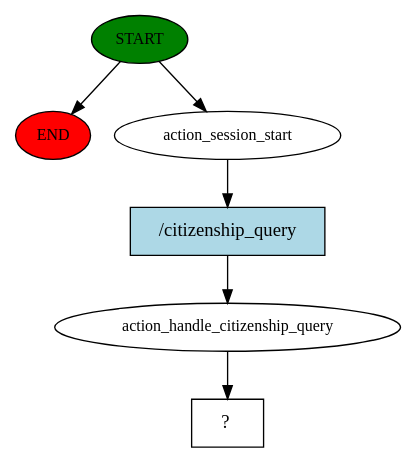
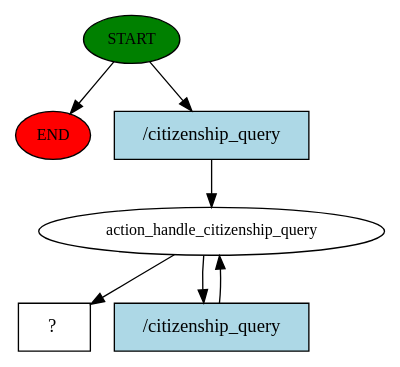
Before and after one commit to PiyushLuitel-07/Samadhan-A-Local-Government-Service-QueryBot: the diagram in story_graph.dot, drawn with Graphviz. The commit also changed 290 other files, not shown here.

```diff
--- a/story_graph.dot
+++ b/story_graph.dot
@@ -1,13 +1,14 @@
 digraph  {
 0 [class="start active", fillcolor=green, fontsize=12, label=START, style=filled];
 "-1" [class=end, fillcolor=red, fontsize=12, label=END, style=filled];
-1 [class=active, fontsize=12, label=action_session_start];
-2 [class=active, fontsize=12, label=action_handle_citizenship_query];
+1 [class=active, fontsize=12, label=action_handle_citizenship_query];
 3 [class="intent dashed active", label="  ?  ", shape=rect];
 4 [class="intent active", fillcolor=lightblue, label="/citizenship_query", shape=rect, style=filled];
+5 [class="intent active", fillcolor=lightblue, label="/citizenship_query", shape=rect, style=filled];
 0 -> "-1"  [class="", key=NONE, label=""];
-0 -> 1  [class=active, key=NONE, label=""];
-1 -> 4  [class=active, key=0];
-2 -> 3  [class=active, key=NONE, label=""];
-4 -> 2  [class=active, key=0];
+0 -> 4  [class=active, key=0];
+1 -> 3  [class=active, key=NONE, label=""];
+1 -> 5  [class=active, key=0];
+4 -> 1  [class=active, key=0];
+5 -> 1  [class=active, key=0];
 }
```
